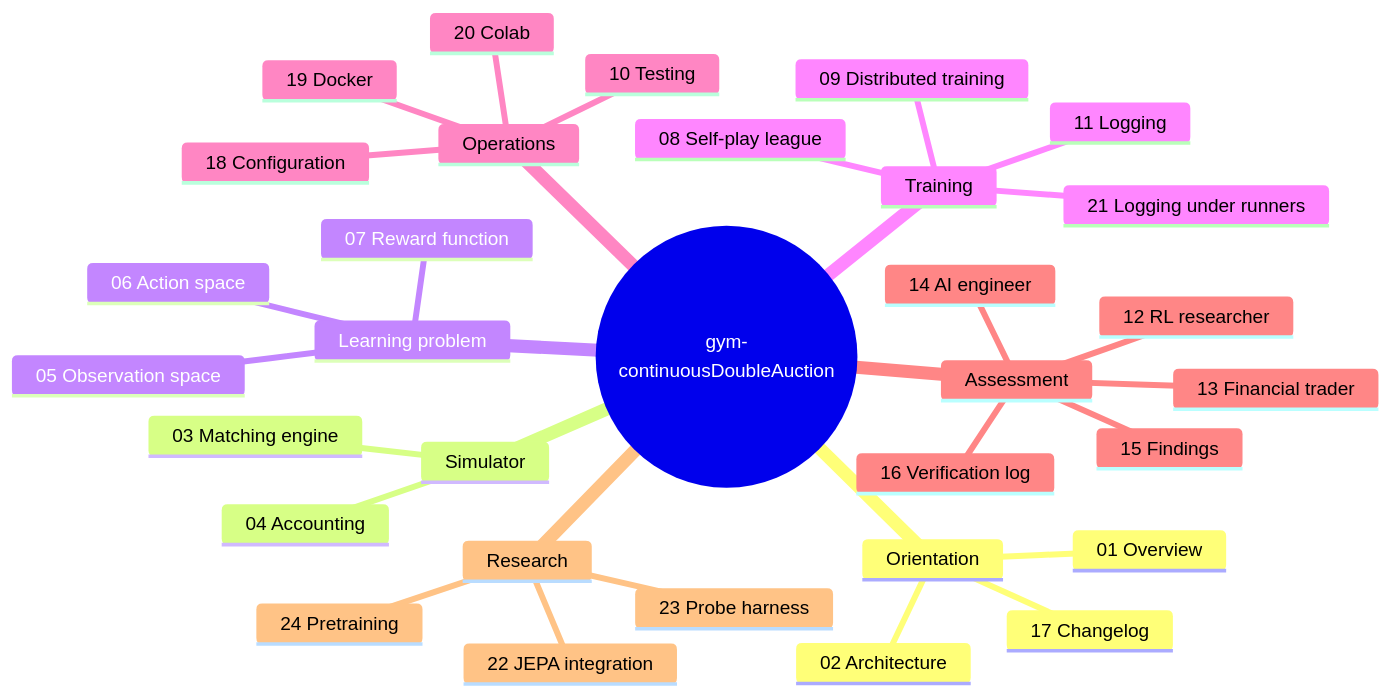
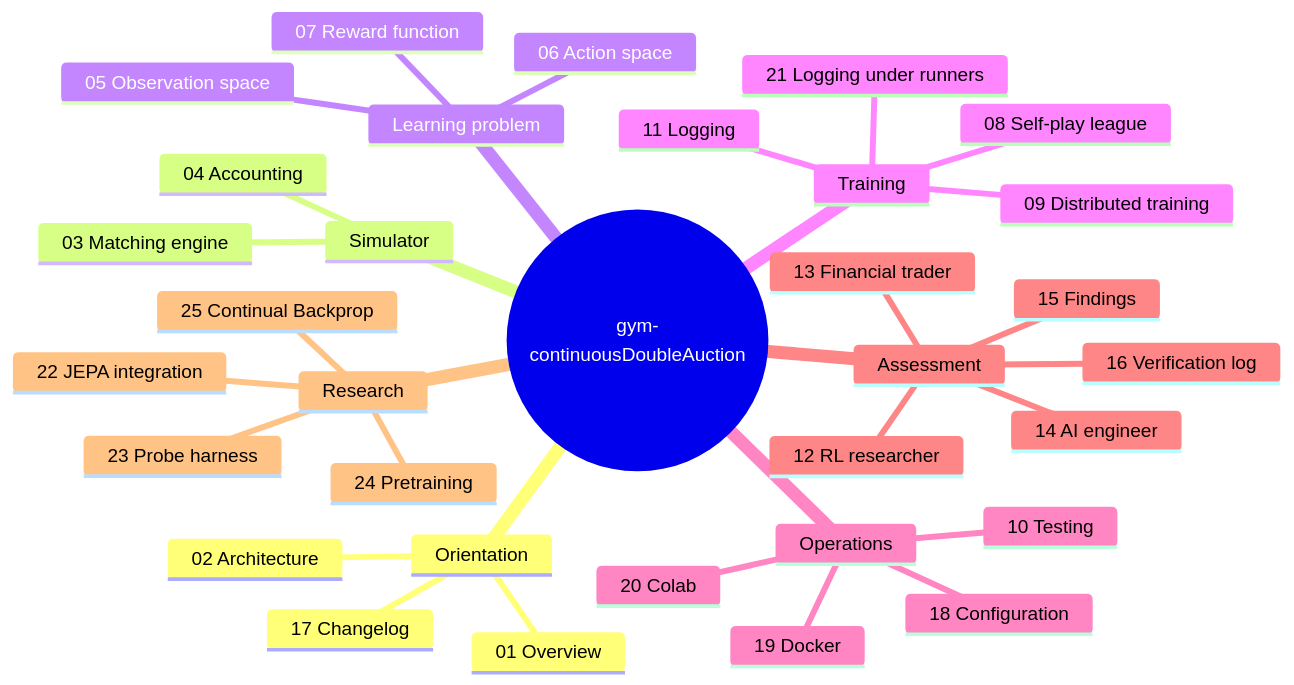
The second of 2 diagrams in README.md (ChuaCheowHuan/gym-continuousDoubleAuction), drawn with Mermaid before and after one commit. The commit also changed other lines of this file and 3 other files, not shown here.

First line of the commit message:
Explore Continual Backprop as a component, and find it is not an encoder

````diff
--- a/README.md
+++ b/README.md
@@ -55,35 +55,36 @@
 ```mermaid
 mindmap
   root(("gym-continuousDoubleAuction"))
     Orientation
       01 Overview
       02 Architecture
       17 Changelog
     Simulator
       03 Matching engine
       04 Accounting
     Learning problem
       05 Observation space
       06 Action space
       07 Reward function
     Training
       08 Self-play league
       09 Distributed training
       11 Logging
       21 Logging under runners
     Operations
       18 Configuration
       19 Docker
       20 Colab
       10 Testing
     Assessment
       12 RL researcher
       13 Financial trader
       14 AI engineer
       15 Findings
       16 Verification log
     Research
       22 JEPA integration
       23 Probe harness
       24 Pretraining
+      25 Continual Backprop
 ```
````
